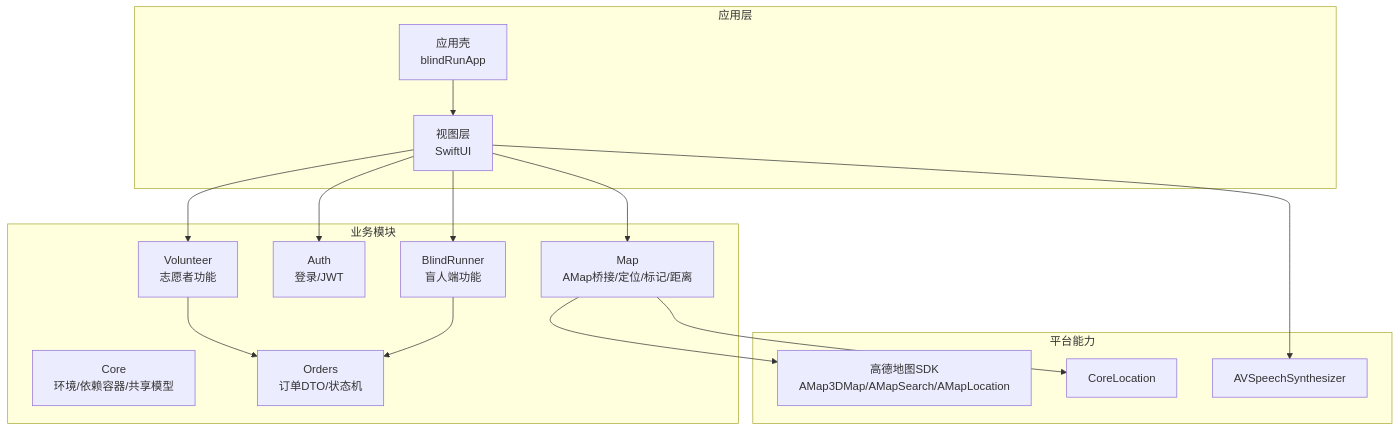
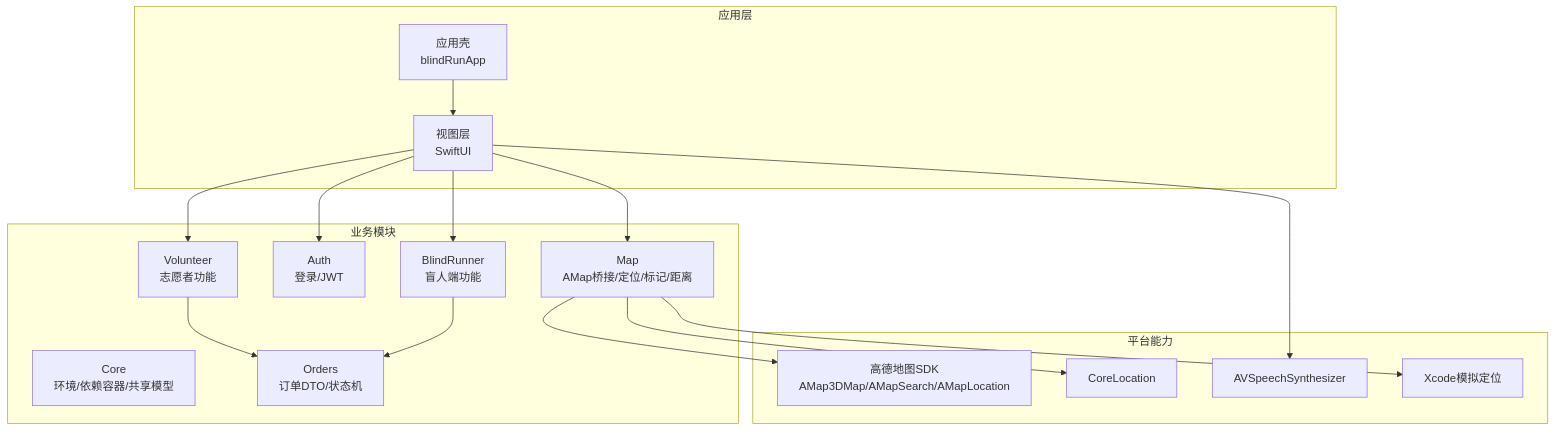
Before and after one commit to Jayden23018/blind-run-ios: the first of 7 diagrams in .qoder/repowiki/zh/content/核心功能模块/地图与定位服务.md, drawn with Mermaid. The commit also changed other lines of this file and 10 other files, not shown here.

````diff
--- a/.qoder/repowiki/zh/content/核心功能模块/地图与定位服务.md
+++ b/.qoder/repowiki/zh/content/核心功能模块/地图与定位服务.md
@@ -40,30 +48,32 @@
 ```mermaid
 graph TB
 subgraph "应用层"
 App["应用壳<br/>blindRunApp"]
 Views["视图层<br/>SwiftUI"]
 end
 subgraph "业务模块"
 Core["Core<br/>环境/依赖容器/共享模型"]
 Orders["Orders<br/>订单DTO/状态机"]
 Map["Map<br/>AMap桥接/定位/标记/距离"]
 Auth["Auth<br/>登录/JWT"]
 Volunteer["Volunteer<br/>志愿者功能"]
 BlindRunner["BlindRunner<br/>盲人端功能"]
 end
 subgraph "平台能力"
 AMap["高德地图SDK<br/>AMap3DMap/AMapSearch/AMapLocation"]
 CL["CoreLocation"]
 TTS["AVSpeechSynthesizer"]
+Sim["Xcode模拟定位"]
 end
 App --> Views
 Views --> Map
 Views --> Auth
 Views --> Volunteer
 Views --> BlindRunner
 Map --> AMap
 Map --> CL
+Map --> Sim
 Volunteer --> Orders
 BlindRunner --> Orders
 Views --> TTS
 ```
````
